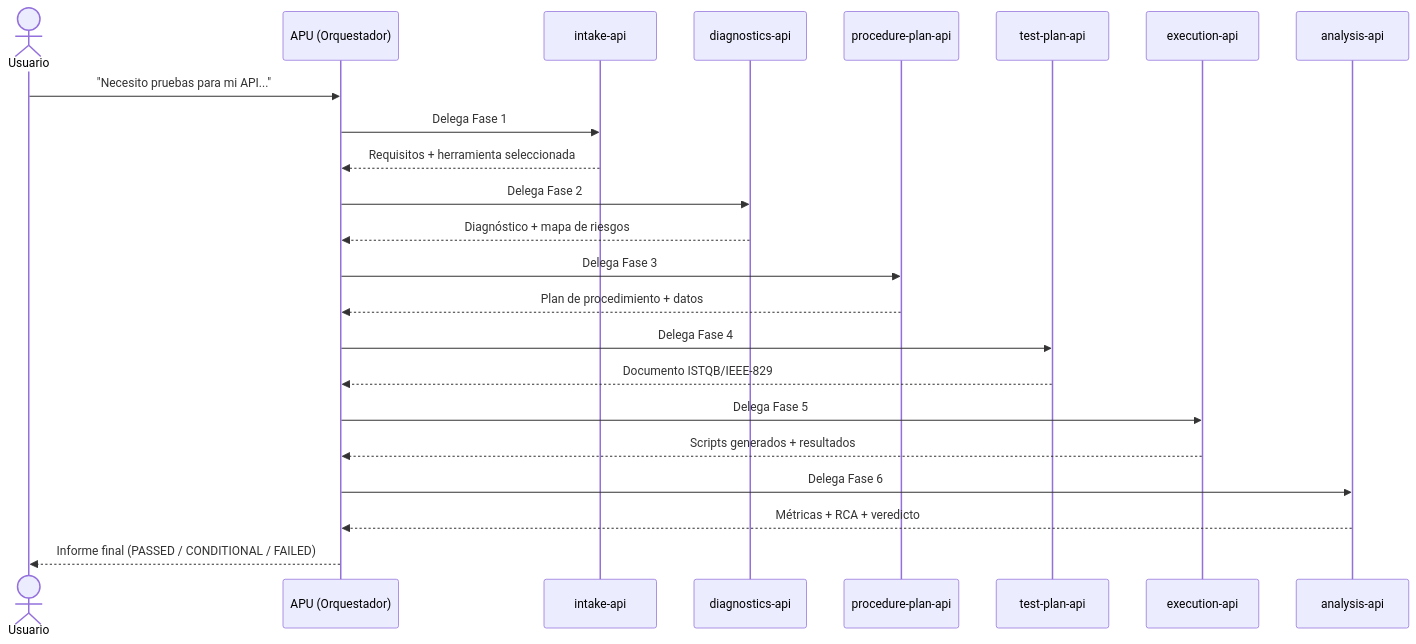
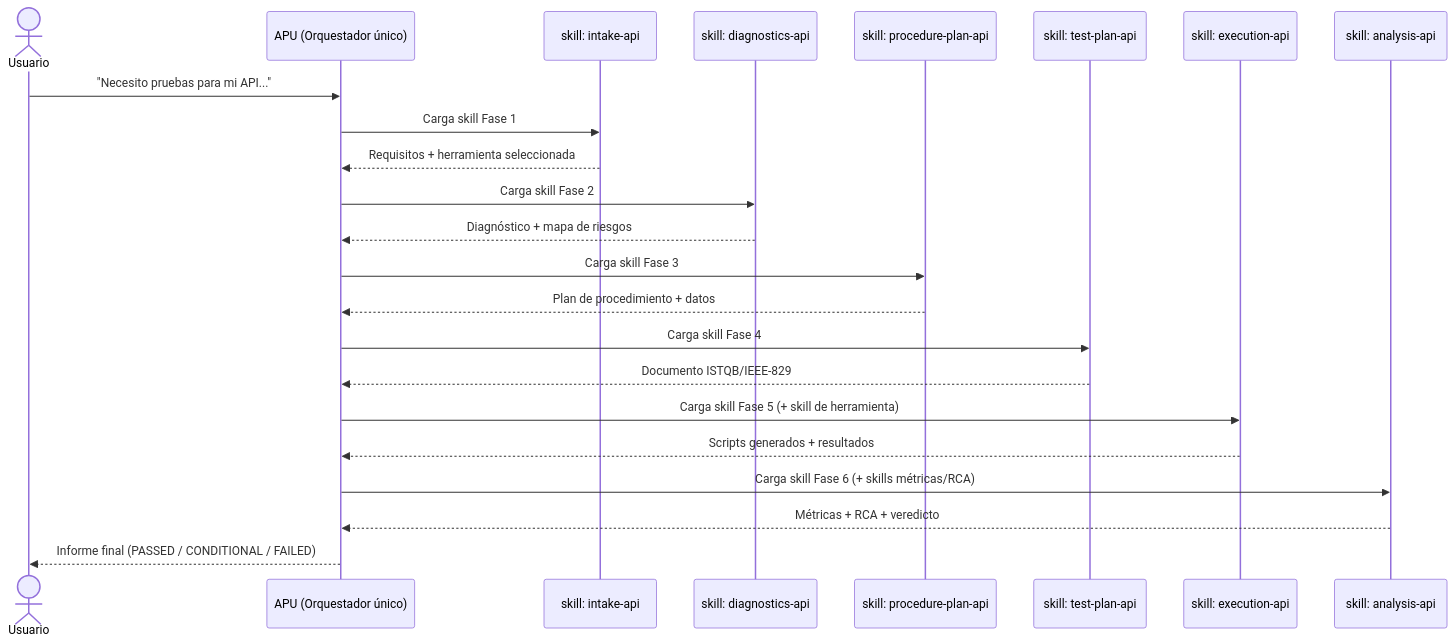
One commit to criquil/API-TLC changed the fifth of 7 diagrams in README.md. Above: the diagram before and after it, drawn with Mermaid. The commit also changed other lines of this file and 58 other files, not shown here.

````diff
--- a/README.md
+++ b/README.md
@@ -180,26 +204,26 @@
 ```mermaid
 sequenceDiagram
     actor U as Usuario
-    participant APU as APU (Orquestador)
-    participant S1 as intake-api
-    participant S2 as diagnostics-api
-    participant S3 as procedure-plan-api
-    participant S4 as test-plan-api
-    participant S5 as execution-api
-    participant S6 as analysis-api
+    participant APU as APU (Orquestador único)
+    participant S1 as skill: intake-api
+    participant S2 as skill: diagnostics-api
+    participant S3 as skill: procedure-plan-api
+    participant S4 as skill: test-plan-api
+    participant S5 as skill: execution-api
+    participant S6 as skill: analysis-api
 
     U->>APU: "Necesito pruebas para mi API..."
-    APU->>S1: Delega Fase 1
+    APU->>S1: Carga skill Fase 1
     S1-->>APU: Requisitos + herramienta seleccionada
-    APU->>S2: Delega Fase 2
+    APU->>S2: Carga skill Fase 2
     S2-->>APU: Diagnóstico + mapa de riesgos
-    APU->>S3: Delega Fase 3
+    APU->>S3: Carga skill Fase 3
     S3-->>APU: Plan de procedimiento + datos
-    APU->>S4: Delega Fase 4
+    APU->>S4: Carga skill Fase 4
     S4-->>APU: Documento ISTQB/IEEE-829
-    APU->>S5: Delega Fase 5
+    APU->>S5: Carga skill Fase 5 (+ skill de herramienta)
     S5-->>APU: Scripts generados + resultados
-    APU->>S6: Delega Fase 6
+    APU->>S6: Carga skill Fase 6 (+ skills métricas/RCA)
     S6-->>APU: Métricas + RCA + veredicto
     APU-->>U: Informe final (PASSED / CONDITIONAL / FAILED)
 ```
````
